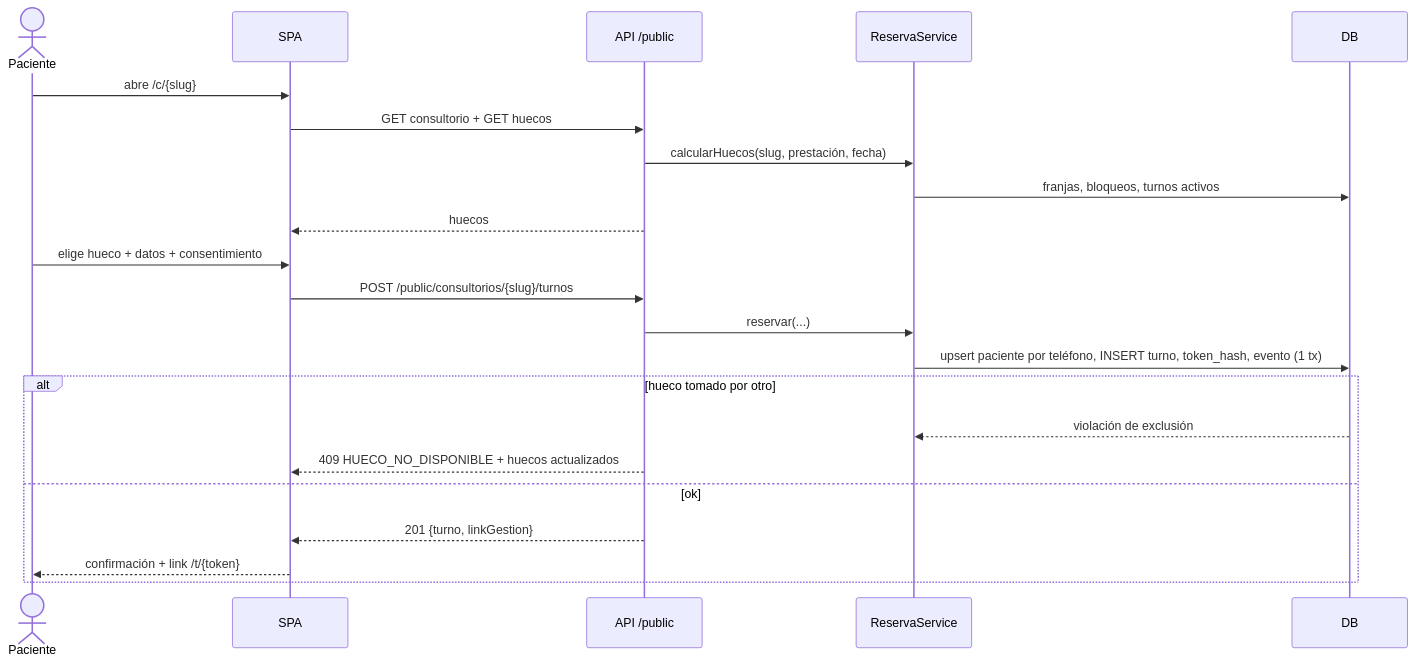
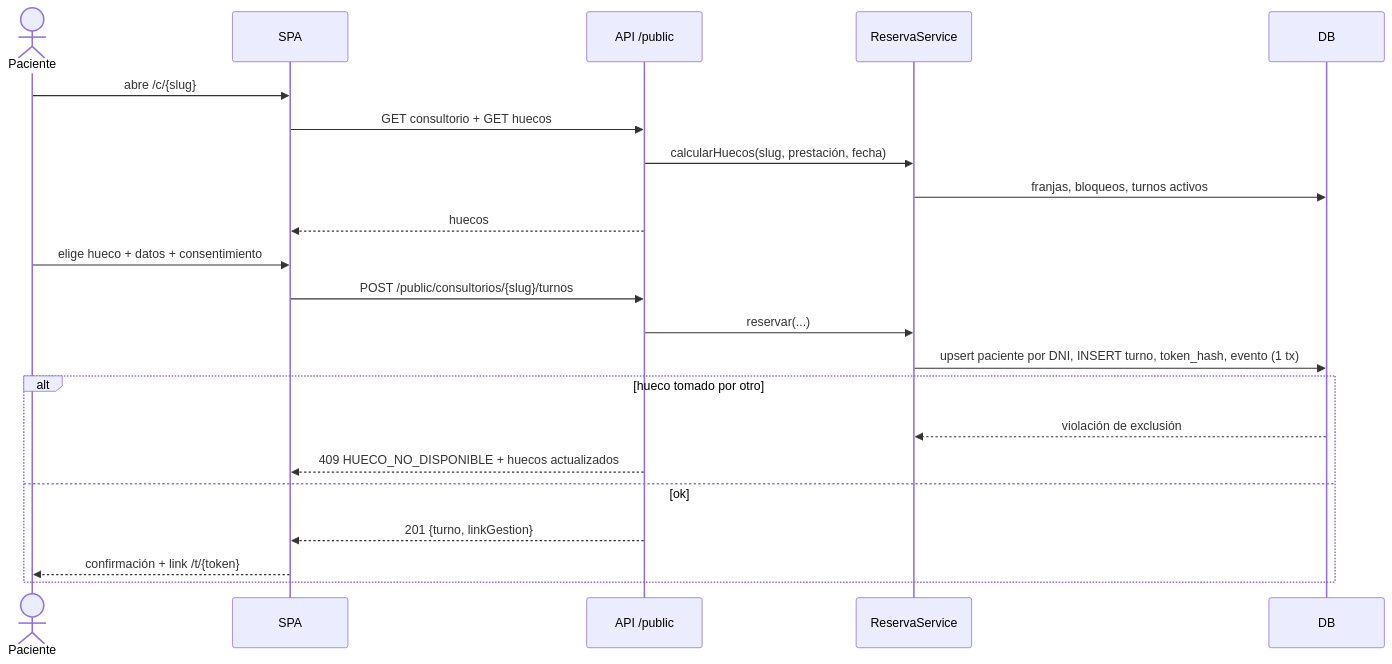
One commit to MaximilianoKotlik/sistema-odontologico changed the third of 4 diagrams in knowledge-base/07_flujos_principales.md. Above: the diagram before and after it, drawn with Mermaid. The commit also changed other lines of this file and 10 other files, not shown here.

First line of the commit message:
docs(kb): paciente por DNI (DD-24) y cierre del change por el autor

````diff
--- a/knowledge-base/07_flujos_principales.md
+++ b/knowledge-base/07_flujos_principales.md
@@ -104,24 +104,24 @@
 ```mermaid
 sequenceDiagram
     actor P as Paciente
     participant SPA
     participant API as API /public
     participant Svc as ReservaService
     participant DB
     P->>SPA: abre /c/{slug}
     SPA->>API: GET consultorio + GET huecos
     API->>Svc: calcularHuecos(slug, prestación, fecha)
     Svc->>DB: franjas, bloqueos, turnos activos
     API-->>SPA: huecos
     P->>SPA: elige hueco + datos + consentimiento
     SPA->>API: POST /public/consultorios/{slug}/turnos
     API->>Svc: reservar(...)
-    Svc->>DB: upsert paciente por teléfono, INSERT turno, token_hash, evento (1 tx)
+    Svc->>DB: upsert paciente por DNI, INSERT turno, token_hash, evento (1 tx)
     alt hueco tomado por otro
         DB-->>Svc: violación de exclusión
         API-->>SPA: 409 HUECO_NO_DISPONIBLE + huecos actualizados
     else ok
         API-->>SPA: 201 {turno, linkGestion}
         SPA-->>P: confirmación + link /t/{token}
     end
 ```
````
